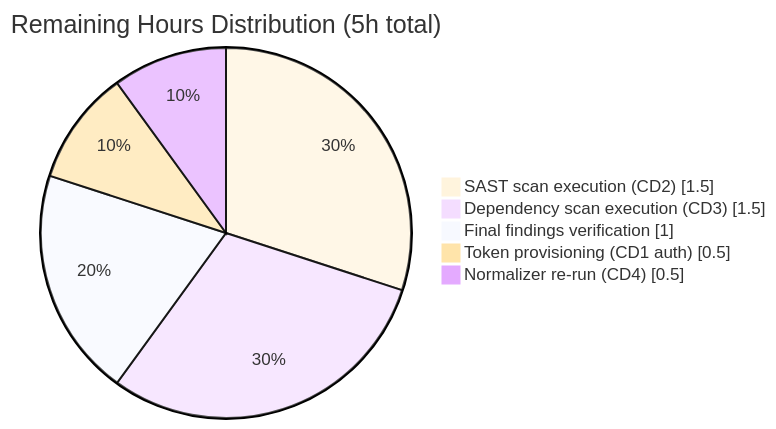
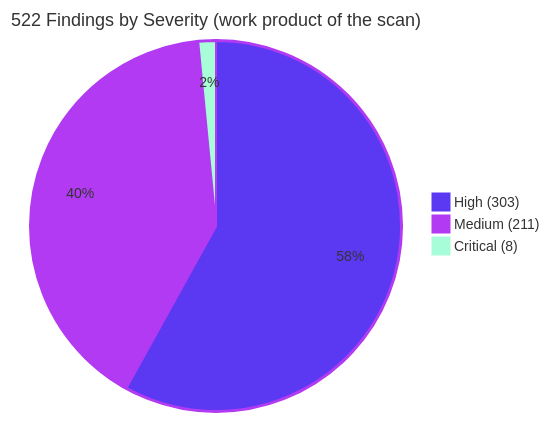
The fourth of 4 diagrams in blitzy/documentation/Project Guide.md (Blitzy-Sandbox/blitzy-RudderStack), drawn with Mermaid before and after one commit. The commit also changed other lines of this file, not shown here.

Commit message:
Adding Blitzy Project Guide: Project Status and Human Tasks Remaining

````diff
--- a/blitzy/documentation/Project Guide.md
+++ b/blitzy/documentation/Project Guide.md
@@ -256,9 +271,7 @@
 ```mermaid
-%%{init: {'theme':'base'}}%%
-pie showData title Remaining Hours Distribution (5h total)
-    "SAST scan execution (CD2)" : 1.5
-    "Dependency scan execution (CD3)" : 1.5
-    "Final findings verification" : 1.0
-    "Token provisioning (CD1 auth)" : 0.5
-    "Normalizer re-run (CD4)" : 0.5
+%%{init: {'theme':'base','themeVariables':{'pie1':'#5B39F3','pie2':'#B23AF2','pie3':'#A8FDD9','pieStrokeColor':'#B23AF2','pieOuterStrokeColor':'#B23AF2','pieTitleTextSize':'18px','pieSectionTextSize':'14px','pieLegendTextSize':'14px','pieOpacity':'1'}}}%%
+pie title 522 Findings by Severity (work product of the scan)
+    "High (303)" : 303
+    "Medium (211)" : 211
+    "Critical (8)" : 8
 ```
````
